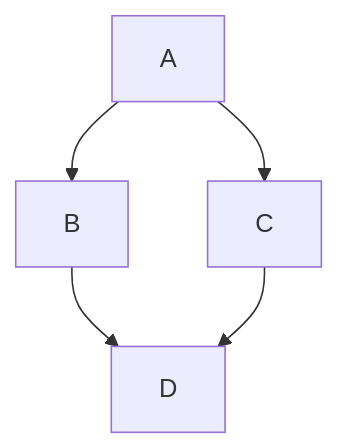
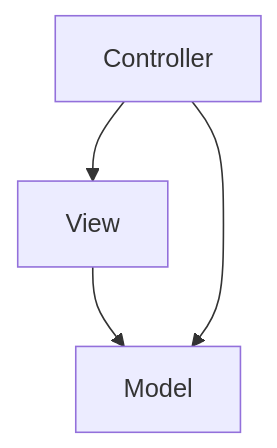
The diagram in Advanced-Business-Development-with-.NET/1º-Semestre/Aula-07-%2D-Projeto-MVC-e-Persistência-de-Dados-com-Entity-Framework-DbContext/MVC-%2D-Model,-View,-Controller/Introdução.md (rafsp/Graduacao_FIAP), drawn with Mermaid before and after one commit.

Commit message:
Updated Introdução

```diff
--- a/Advanced-Business-Development-with-.NET/1º-Semestre/Aula-07-%2D-Projeto-MVC-e-Persistência-de-Dados-com-Entity-Framework-DbContext/MVC-%2D-Model,-View,-Controller/Introdução.md
+++ b/Advanced-Business-Development-with-.NET/1º-Semestre/Aula-07-%2D-Projeto-MVC-e-Persistência-de-Dados-com-Entity-Framework-DbContext/MVC-%2D-Model,-View,-Controller/Introdução.md
@@ -6,3 +6,4 @@
 ::: mermaid
- graph TD; A-->B; A-->C; B-->D; C-->D;
+ graph TD; 
+ View-->Model; Controller-->Model; Controller-->View;
 :::
```
